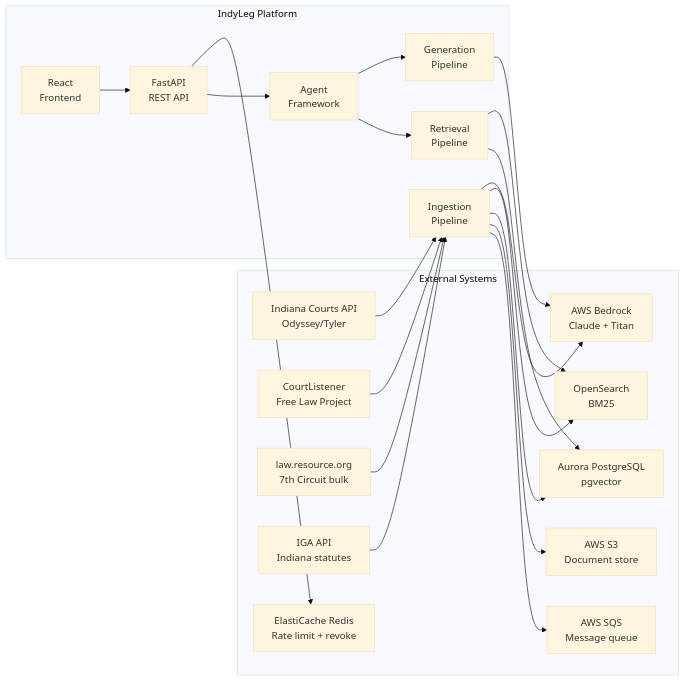
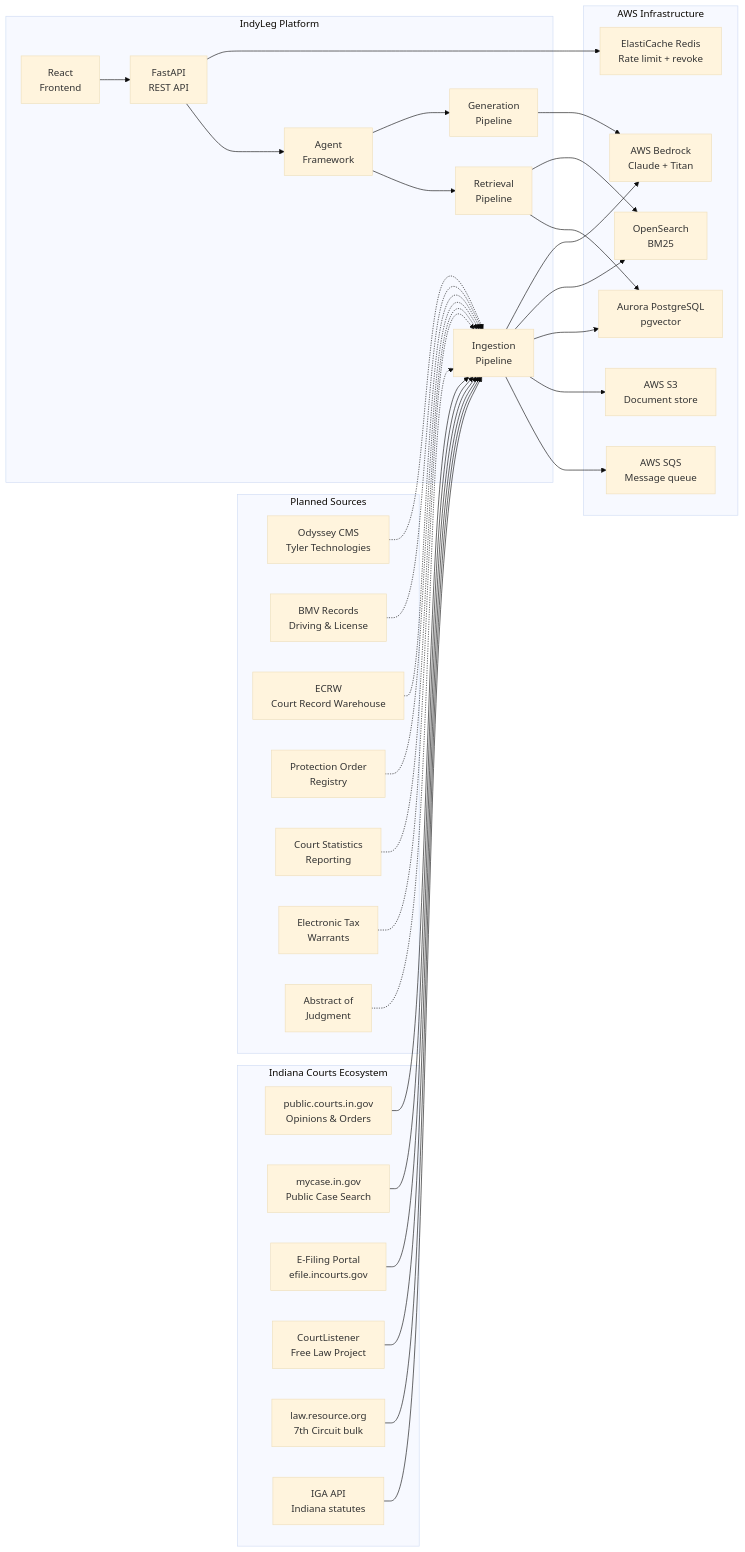
One commit to Anteneh-T-Tessema/legalairag changed the second of 2 diagrams in docs/SYSTEM_ANALYSIS.md. Above: the diagram before and after it, drawn with Mermaid (base theme). The commit also changed other lines of this file and 5 other files, not shown here.

First line of the commit message:
feat: Indiana Courts ecosystem integration — mycase.in.gov client, ecosystem docs, expanded architecture

````diff
--- a/docs/SYSTEM_ANALYSIS.md
+++ b/docs/SYSTEM_ANALYSIS.md
@@ -319,43 +325,67 @@
 ```mermaid
 graph LR
-    subgraph External Systems
-        ICA[Indiana Courts API<br/>Odyssey/Tyler]
+    subgraph Indiana Courts Ecosystem
+        ICA[public.courts.in.gov<br/>Opinions &amp; Orders]
+        MYC[mycase.in.gov<br/>Public Case Search]
+        EFL[E-Filing Portal<br/>efile.incourts.gov]
         CL[CourtListener<br/>Free Law Project]
         LRO[law.resource.org<br/>7th Circuit bulk]
         IGA[IGA API<br/>Indiana statutes]
+    end
+
+    subgraph Planned Sources
+        ODY[Odyssey CMS<br/>Tyler Technologies]
+        BMV[BMV Records<br/>Driving &amp; License]
+        ECRW[ECRW<br/>Court Record Warehouse]
+        POR[Protection Order<br/>Registry]
+        CSTAT[Court Statistics<br/>Reporting]
+        TAX[Electronic Tax<br/>Warrants]
+        AOJ[Abstract of<br/>Judgment]
+    end
+
+    subgraph AWS Infrastructure
         BED[AWS Bedrock<br/>Claude + Titan]
         S3[AWS S3<br/>Document store]
         SQS[AWS SQS<br/>Message queue]
         RDS[Aurora PostgreSQL<br/>pgvector]
         OS[OpenSearch<br/>BM25]
         RED[ElastiCache Redis<br/>Rate limit + revoke]
     end
 
     subgraph "IndyLeg Platform"
         API[FastAPI<br/>REST API]
         AGT[Agent<br/>Framework]
         ING[Ingestion<br/>Pipeline]
         RET[Retrieval<br/>Pipeline]
         GEN[Generation<br/>Pipeline]
         UI[React<br/>Frontend]
     end
 
     ICA --> ING
+    MYC --> ING
+    EFL --> ING
     CL --> ING
     LRO --> ING
     IGA --> ING
+    ODY -.-> ING
+    BMV -.-> ING
+    ECRW -.-> ING
+    POR -.-> ING
+    CSTAT -.-> ING
+    TAX -.-> ING
+    AOJ -.-> ING
     ING --> SQS
     ING --> S3
     ING --> RDS
     ING --> OS
     ING --> BED
 
     UI --> API
     API --> AGT
     AGT --> RET
     AGT --> GEN
     RET --> RDS
     RET --> OS
     GEN --> BED
     API --> RED
 ```
````
